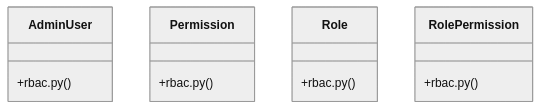
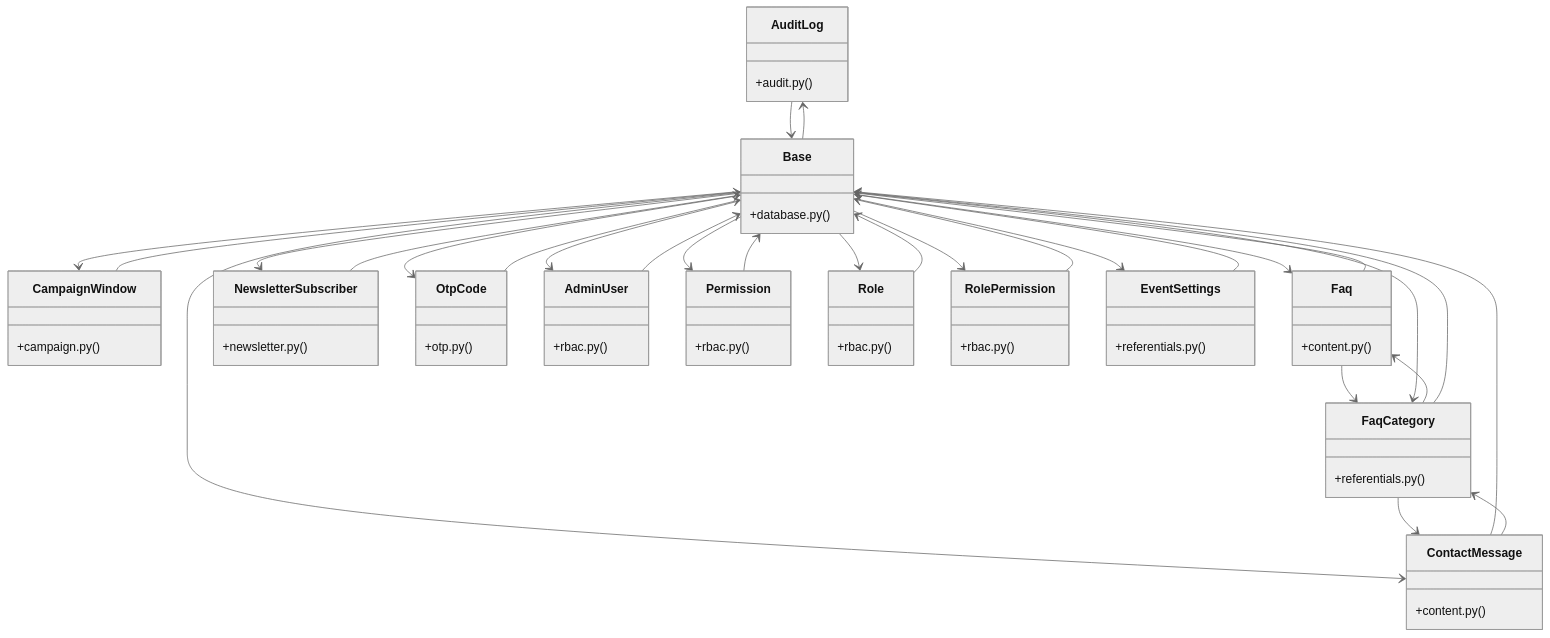
Before and after one commit to adjanayo/synca_conf_back: the diagram in graphify-out/wiki/[BaseModel_&_ValueError]_Cluster.md, drawn with Mermaid (neutral theme). The commit also changed other lines of this file and 89 other files, not shown here.

Commit message:
docs: journal — rappels waitlist récurrents + regen graphify

````diff
--- a/graphify-out/wiki/[BaseModel_&_ValueError]_Cluster.md
+++ b/graphify-out/wiki/[BaseModel_&_ValueError]_Cluster.md
@@ -36,15 +36,70 @@
 ```mermaid
 classDiagram
+    class AuditLog {
+        +audit.py()
+    }
+    class CampaignWindow {
+        +campaign.py()
+    }
+    class ContactMessage {
+        +content.py()
+    }
+    class Faq {
+        +content.py()
+    }
+    class Base {
+        +database.py()
+    }
+    class NewsletterSubscriber {
+        +newsletter.py()
+    }
+    class OtpCode {
+        +otp.py()
+    }
     class AdminUser {
         +rbac.py()
     }
     class Permission {
         +rbac.py()
     }
     class Role {
         +rbac.py()
     }
     class RolePermission {
         +rbac.py()
     }
+    class EventSettings {
+        +referentials.py()
+    }
+    class FaqCategory {
+        +referentials.py()
+    }
+    AuditLog --> Base
+    CampaignWindow --> Base
+    ContactMessage --> Base
+    ContactMessage --> FaqCategory
+    Faq --> Base
+    Faq --> FaqCategory
+    Base --> AuditLog
+    Base --> OtpCode
+    Base --> Role
+    Base --> Permission
+    Base --> RolePermission
+    Base --> AdminUser
+    Base --> CampaignWindow
+    Base --> Faq
+    Base --> ContactMessage
+    Base --> FaqCategory
+    Base --> EventSettings
+    Base --> NewsletterSubscriber
+    NewsletterSubscriber --> Base
+    OtpCode --> Base
+    AdminUser --> Base
+    Permission --> Base
+    Role --> Base
+    RolePermission --> Base
+    EventSettings --> Base
+    FaqCategory --> Faq
+    FaqCategory --> ContactMessage
+    FaqCategory --> Base
 ```
````
